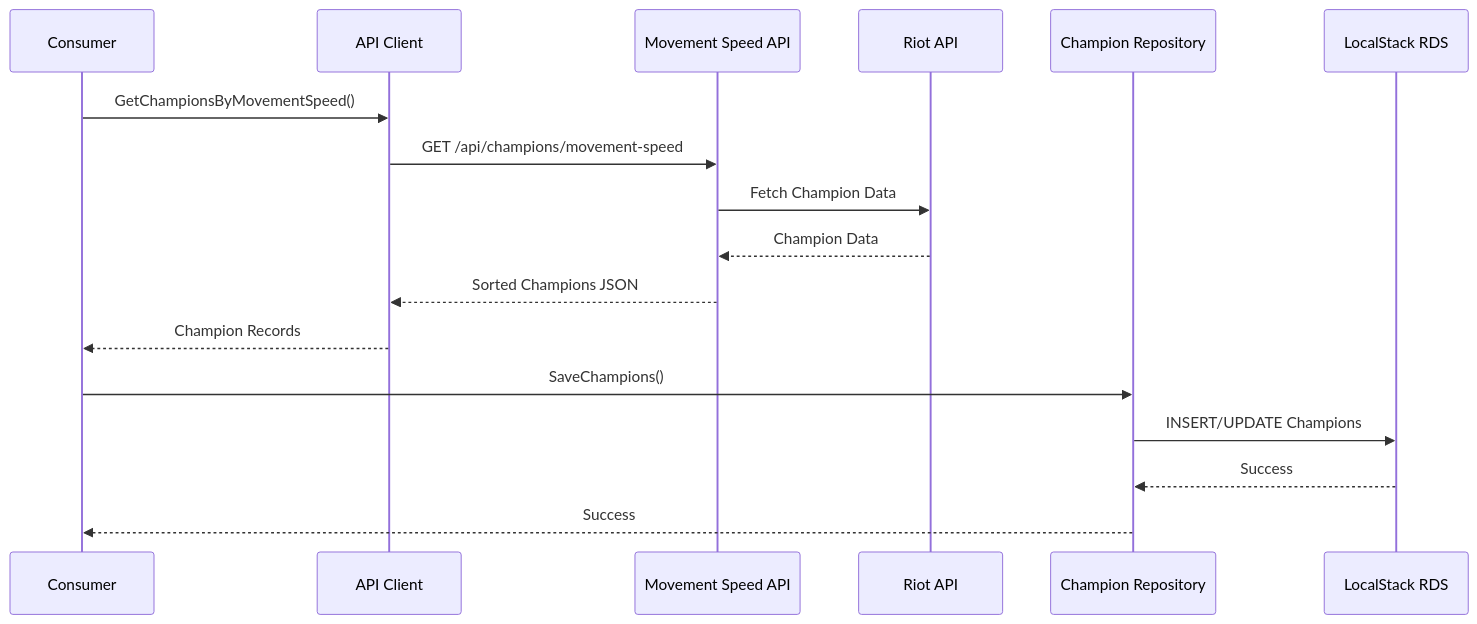
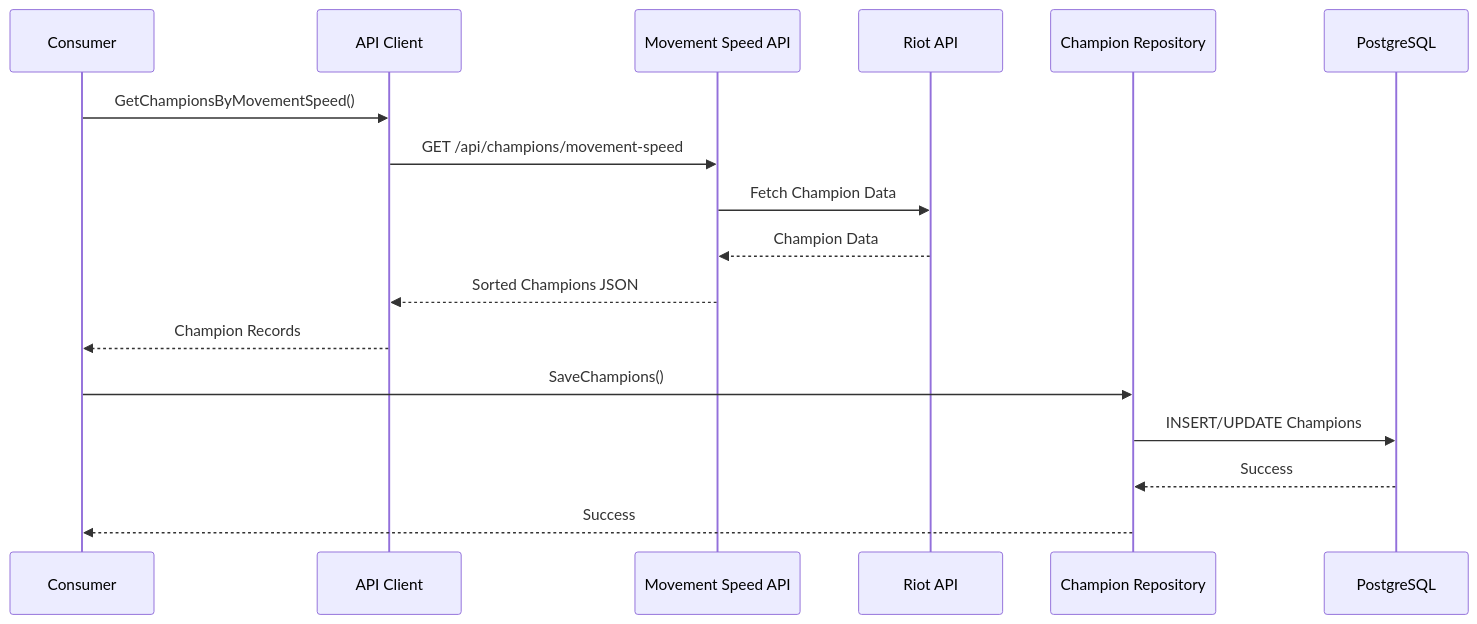
One commit to marcopaulosilva/poc_devin changed the third of 4 diagrams in docs/consumer-architecture-diagram.md. Above: the diagram before and after it, drawn with Mermaid. The commit also changed other lines of this file, not shown here.

Commit message:
Update architecture diagram to reflect PostgreSQL integration

````diff
--- a/docs/consumer-architecture-diagram.md
+++ b/docs/consumer-architecture-diagram.md
@@ -79,20 +79,20 @@
 ```mermaid
 sequenceDiagram
     participant Consumer
     participant API Client
     participant Movement Speed API
     participant Riot API
     participant Champion Repository
-    participant LocalStack RDS
+    participant PostgreSQL
     
     Consumer->>API Client: GetChampionsByMovementSpeed()
     API Client->>Movement Speed API: GET /api/champions/movement-speed
     Movement Speed API->>Riot API: Fetch Champion Data
     Riot API-->>Movement Speed API: Champion Data
     Movement Speed API-->>API Client: Sorted Champions JSON
     API Client-->>Consumer: Champion Records
     Consumer->>Champion Repository: SaveChampions()
-    Champion Repository->>LocalStack RDS: INSERT/UPDATE Champions
-    LocalStack RDS-->>Champion Repository: Success
+    Champion Repository->>PostgreSQL: INSERT/UPDATE Champions
+    PostgreSQL-->>Champion Repository: Success
     Champion Repository-->>Consumer: Success
 ```
````
